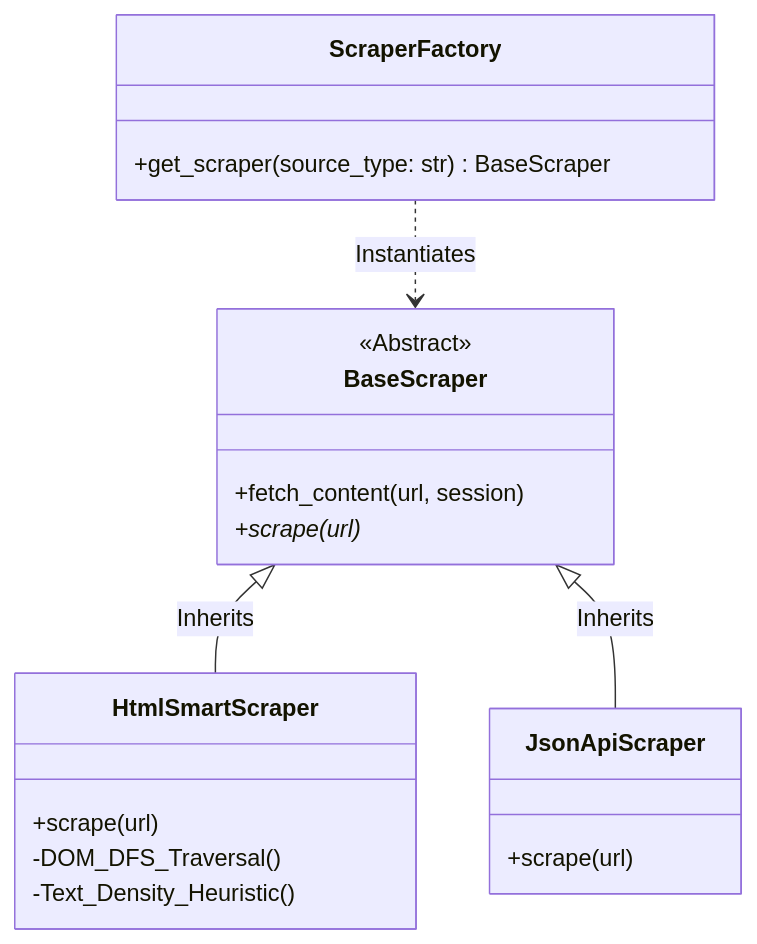
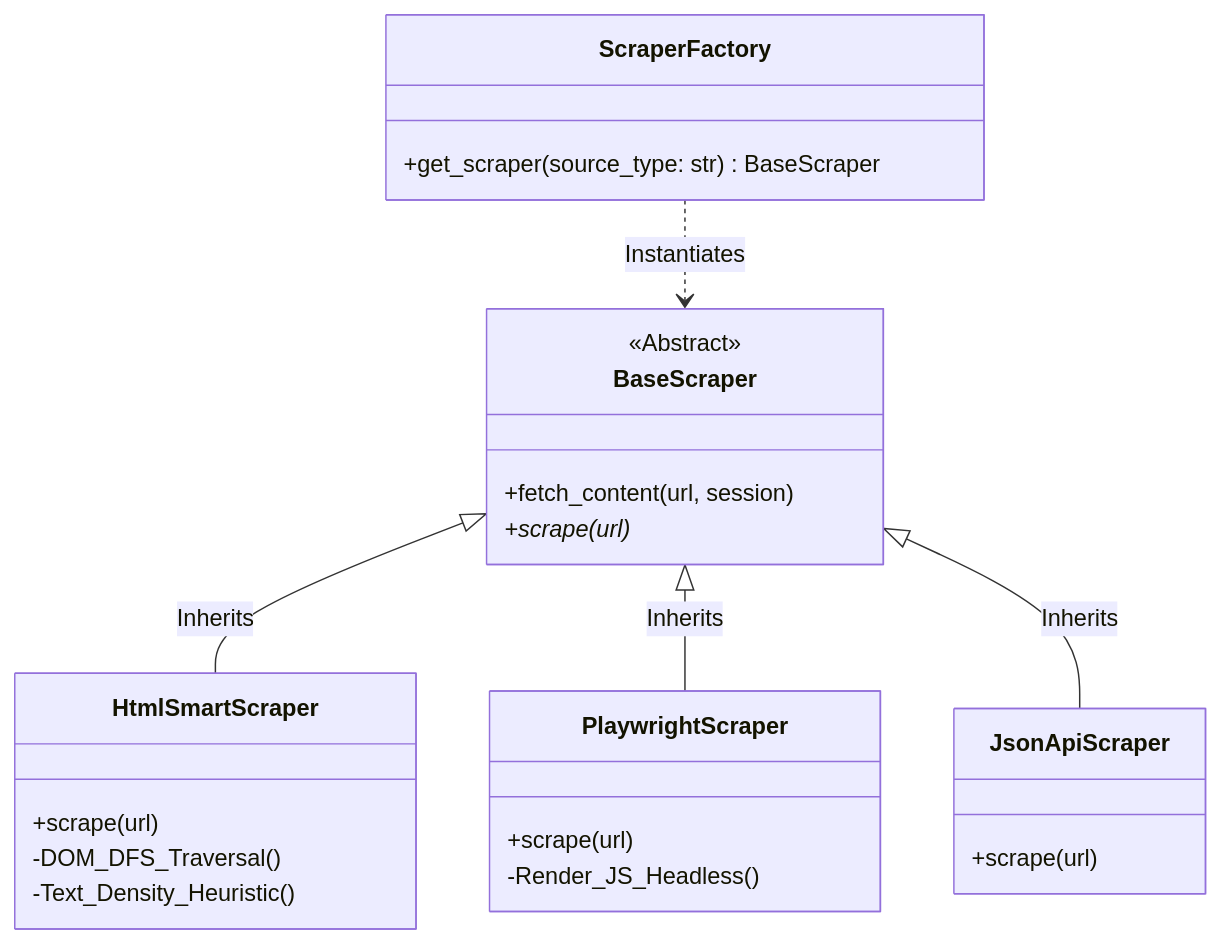
Before and after one commit to YousefAlTohamy/CareerCompass: the first of 3 diagrams in ai-job-miner/README.md, drawn with Mermaid. The commit also changed other lines of this file and 5 other files, not shown here.

````diff
--- a/ai-job-miner/README.md
+++ b/ai-job-miner/README.md
@@ -69,23 +69,28 @@
 ```mermaid
 classDiagram
     direction TB
     class ScraperFactory {
         +get_scraper(source_type: str) BaseScraper
     }
     class BaseScraper {
         <<Abstract>>
         +fetch_content(url, session)
         +scrape(url)*
     }
     class HtmlSmartScraper {
         +scrape(url)
         -DOM_DFS_Traversal()
         -Text_Density_Heuristic()
     }
+    class PlaywrightScraper {
+        +scrape(url)
+        -Render_JS_Headless()
+    }
     class JsonApiScraper {
         +scrape(url)
     }
     ScraperFactory ..> BaseScraper : Instantiates
     BaseScraper <|-- HtmlSmartScraper : Inherits
+    BaseScraper <|-- PlaywrightScraper : Inherits
     BaseScraper <|-- JsonApiScraper : Inherits
 ```
````
